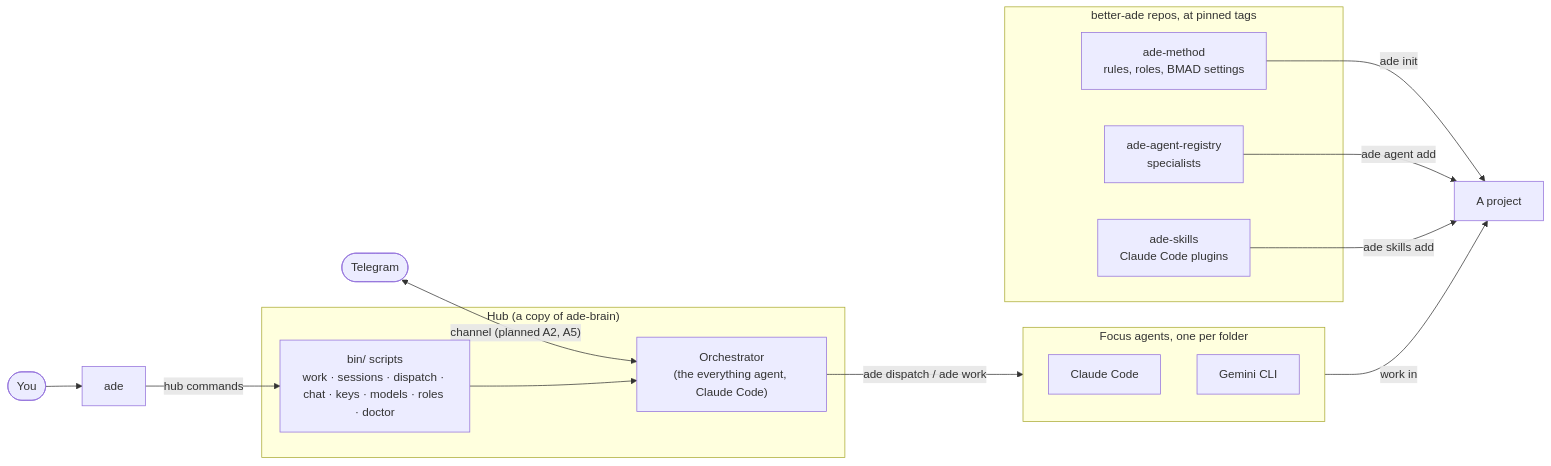
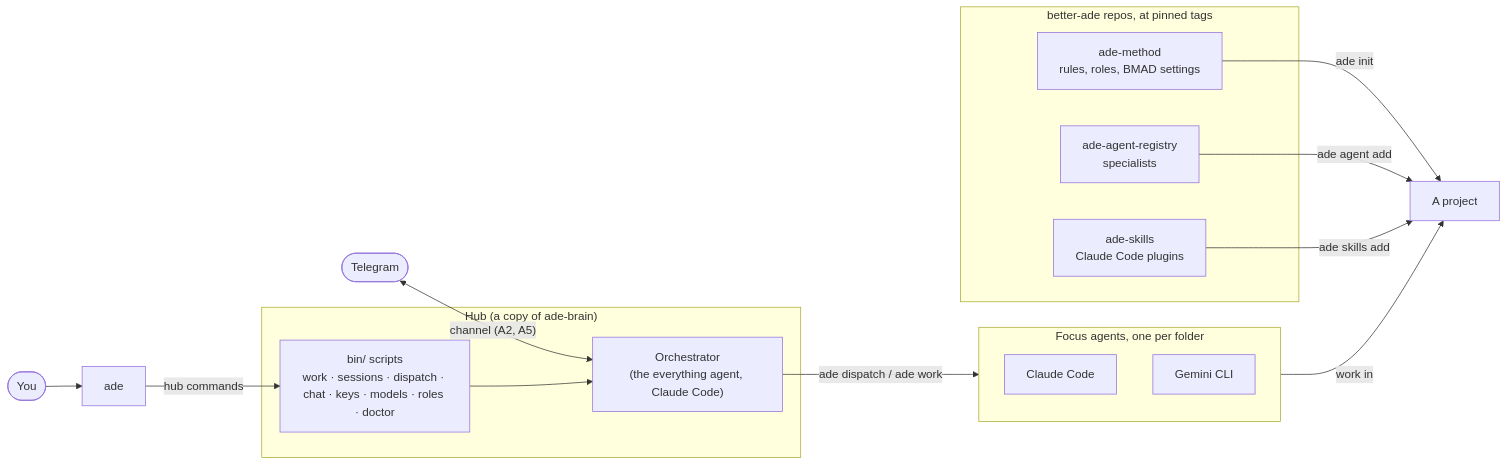
One commit to better-ade/ade-cli changed the first of 3 diagrams in README.md. Above: the diagram before and after it, drawn with Mermaid. The commit also changed other lines of this file and 2 other files, not shown here.

````diff
--- a/README.md
+++ b/README.md
@@ -83,30 +84,30 @@
 ```mermaid
 flowchart LR
   you(["You"]) --> ade["ade"]
-  tg(["Telegram"]) <-->|"channel (planned A2, A5)"| orch
+  tg(["Telegram"]) <-->|"channel (A2, A5)"| orch
 
   subgraph hub["Hub (a copy of ade-brain)"]
     bin["bin/ scripts<br/>work · sessions · dispatch · chat · keys · models · roles · doctor"]
     orch["Orchestrator<br/>(the everything agent, Claude Code)"]
   end
 
   ade -->|"hub commands"| bin
   bin --> orch
   orch -->|"ade dispatch / ade work"| focus
 
   subgraph focus["Focus agents, one per folder"]
     cc["Claude Code"]
     gem["Gemini CLI"]
   end
 
   subgraph sources["better-ade repos, at pinned tags"]
     method["ade-method<br/>rules, roles, BMAD settings"]
     reg["ade-agent-registry<br/>specialists"]
     skills["ade-skills<br/>Claude Code plugins"]
   end
 
   method -->|"ade init"| proj["A project"]
   reg -->|"ade agent add"| proj
   skills -->|"ade skills add"| proj
   focus -->|"work in"| proj
 ```
````
